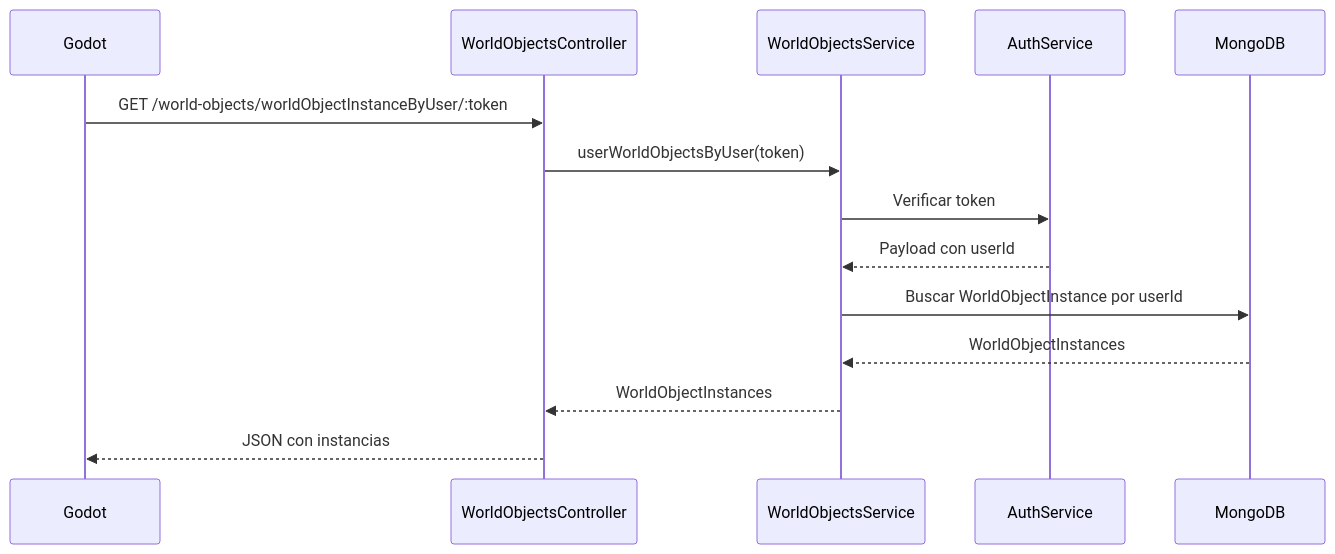
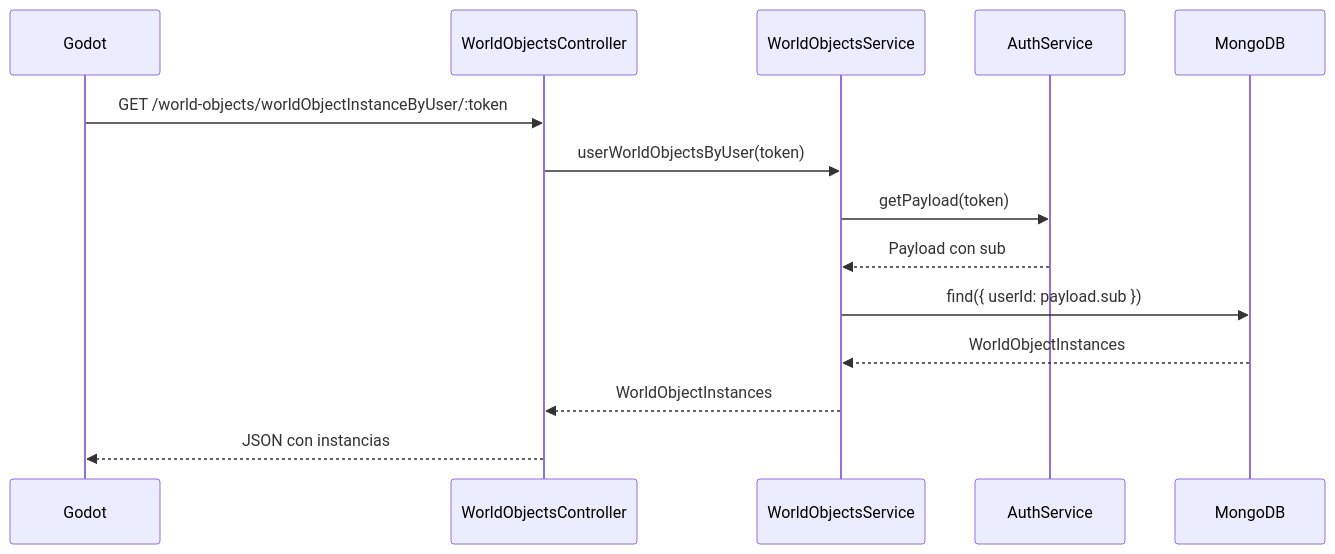
One commit to corralwars/CorralWarsBackend changed the fifth of 12 diagrams in README.md. Above: the diagram before and after it, drawn with Mermaid. The commit also changed other lines of this file, not shown here.

Commit message:
feat: update README with data structure and endpoint details for WorldObject and WorldObjectInstance

````diff
--- a/README.md
+++ b/README.md
@@ -857,20 +897,17 @@
 ```mermaid
 sequenceDiagram
     participant G as Godot
     participant C as WorldObjectsController
     participant S as WorldObjectsService
     participant A as AuthService
     participant DB as MongoDB
 
     G->>C: GET /world-objects/worldObjectInstanceByUser/:token
     C->>S: userWorldObjectsByUser(token)
-
-    S->>A: Verificar token
-    A-->>S: Payload con userId
-
-    S->>DB: Buscar WorldObjectInstance por userId
+    S->>A: getPayload(token)
+    A-->>S: Payload con sub
+    S->>DB: find({ userId: payload.sub })
     DB-->>S: WorldObjectInstances
-
     S-->>C: WorldObjectInstances
     C-->>G: JSON con instancias
 ```
````
